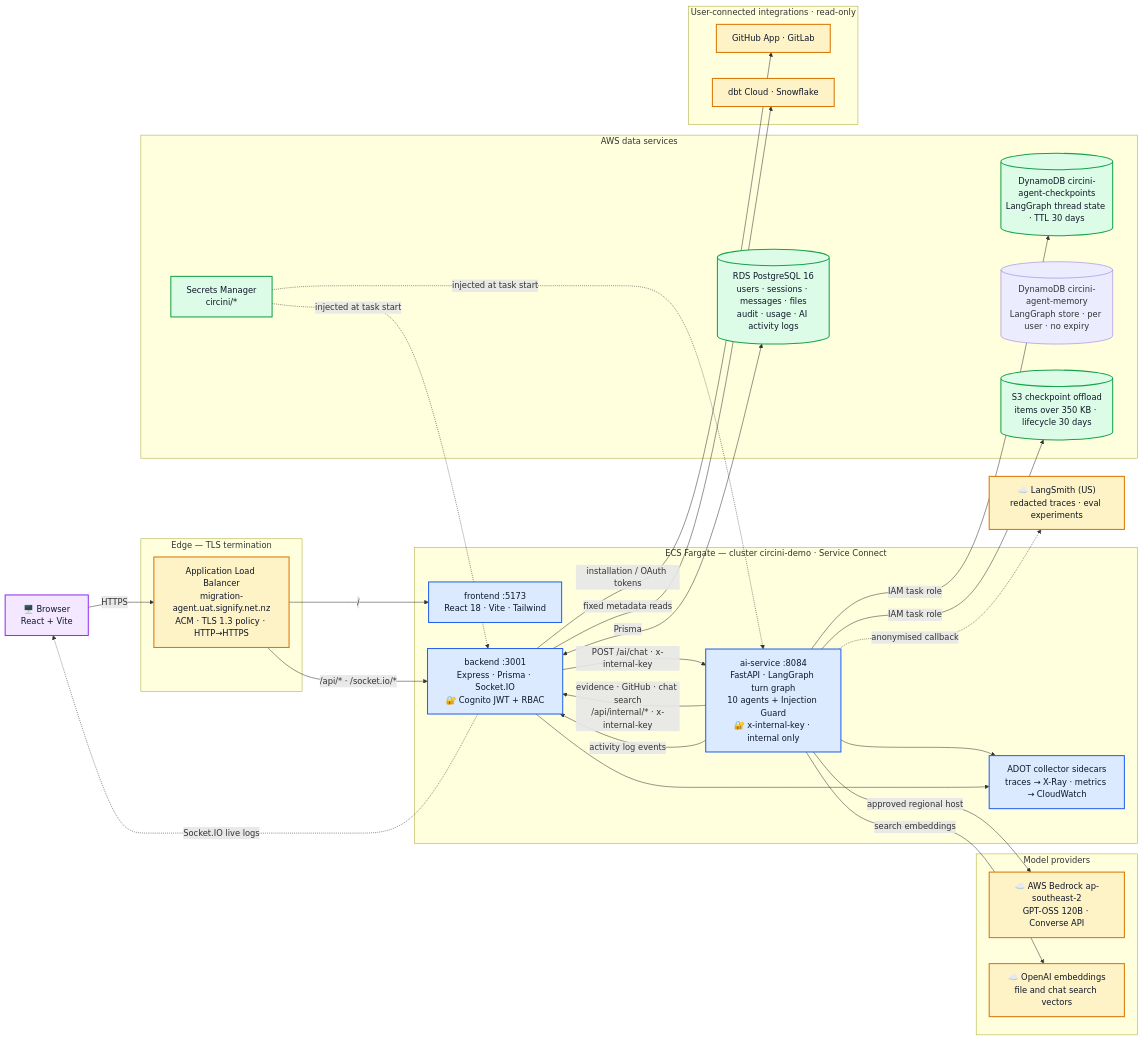
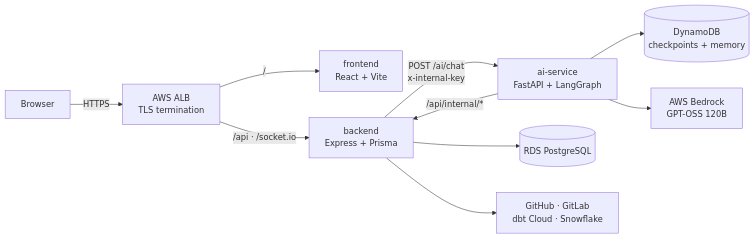
Before and after one commit to shankasf/small_migration: the first of 9 diagrams in README.md, drawn with Mermaid. The commit also changed other lines of this file, not shown here.

First line of the commit message:
Replace README flowcharts with simpler ones and a complete LangGraph flow [skip ci]

````diff
--- a/README.md
+++ b/README.md
@@ -17,64 +17,12 @@
 ```mermaid
 flowchart LR
-    U["🖥️ Browser<br/>React + Vite"]
-
-    subgraph edge["Edge — TLS termination"]
-        IG["Application Load Balancer<br/>migration-agent.uat.signify.net.nz<br/>ACM · TLS 1.3 policy · HTTP→HTTPS"]
-    end
-
-    subgraph cluster["ECS Fargate — cluster circini-demo · Service Connect"]
-        FE["frontend :5173<br/>React 18 · Vite · Tailwind"]
-        BE["backend :3001<br/>Express · Prisma · Socket.IO<br/>🔐 Cognito JWT + RBAC"]
-        AI["ai-service :8084<br/>FastAPI · LangGraph turn graph<br/>10 agents + Injection Guard<br/>🔐 x-internal-key · internal only"]
-        OT["ADOT collector sidecars<br/>traces → X-Ray · metrics → CloudWatch"]
-    end
-
-    subgraph data["AWS data services"]
-        DB[("RDS PostgreSQL 16<br/>users · sessions · messages · files<br/>audit · usage · AI activity logs")]
-        CK[("DynamoDB circini-agent-checkpoints<br/>LangGraph thread state · TTL 30 days")]
-        MEM[("DynamoDB circini-agent-memory<br/>LangGraph store · per user · no expiry")]
-        S3[("S3 checkpoint offload<br/>items over 350 KB · lifecycle 30 days")]
-        SM["Secrets Manager<br/>circini/*"]
-    end
-
-    subgraph models["Model providers"]
-        BR["☁️ AWS Bedrock ap-southeast-2<br/>GPT-OSS 120B · Converse API"]
-        EMB["☁️ OpenAI embeddings<br/>file and chat search vectors"]
-    end
-
-    subgraph integrations["User-connected integrations · read-only"]
-        GH["GitHub App · GitLab"]
-        DW["dbt Cloud · Snowflake"]
-    end
-
-    LS["☁️ LangSmith (US)<br/>redacted traces · eval experiments"]
-
-    U -- HTTPS --> IG
-    IG -- "/" --> FE
-    IG -- "/api/* · /socket.io/*" --> BE
-    BE <-- Prisma --> DB
-    BE -- "POST /ai/chat · x-internal-key" --> AI
-    AI -- "evidence · GitHub · chat search<br/>/api/internal/* · x-internal-key" --> BE
-    AI -- "activity log events" --> BE
-    BE -. "Socket.IO live logs" .-> U
-    BE -- "installation / OAuth tokens" --> GH
-    BE -- "fixed metadata reads" --> DW
-    AI -- "IAM task role" --> CK
-    AI -- "IAM task role" --> S3
-    AI -- "approved regional host" --> BR
-    AI -- "search embeddings" --> EMB
-    AI -. "anonymised callback" .-> LS
-    AI --> OT
-    BE --> OT
-    SM -. "injected at task start" .-> AI
-    SM -. "injected at task start" .-> BE
-
-    classDef svc fill:#dbeafe,stroke:#2563eb,stroke-width:2px,color:#0f172a
-    classDef data fill:#dcfce7,stroke:#16a34a,stroke-width:2px,color:#0f172a
-    classDef ext fill:#fef3c7,stroke:#d97706,stroke-width:2px,color:#0f172a
-    classDef client fill:#f3e8ff,stroke:#9333ea,stroke-width:2px,color:#0f172a
-    class FE,BE,AI,OT svc
-    class DB,CK,S3,SM data
-    class BR,EMB,LS,IG,GH,DW ext
-    class U client
+    U["Browser"] -->|HTTPS| ALB["AWS ALB<br/>TLS termination"]
+    ALB -->|"/"| FE["frontend<br/>React + Vite"]
+    ALB -->|"/api · /socket.io"| BE["backend<br/>Express + Prisma"]
+    BE -->|"POST /ai/chat<br/>x-internal-key"| AI["ai-service<br/>FastAPI + LangGraph"]
+    AI -->|"/api/internal/*"| BE
+    BE --> PG[("RDS PostgreSQL")]
+    BE --> INT["GitHub · GitLab<br/>dbt Cloud · Snowflake"]
+    AI --> DDB[("DynamoDB<br/>checkpoints + memory")]
+    AI --> LLM["AWS Bedrock<br/>GPT-OSS 120B"]
 ```
````
